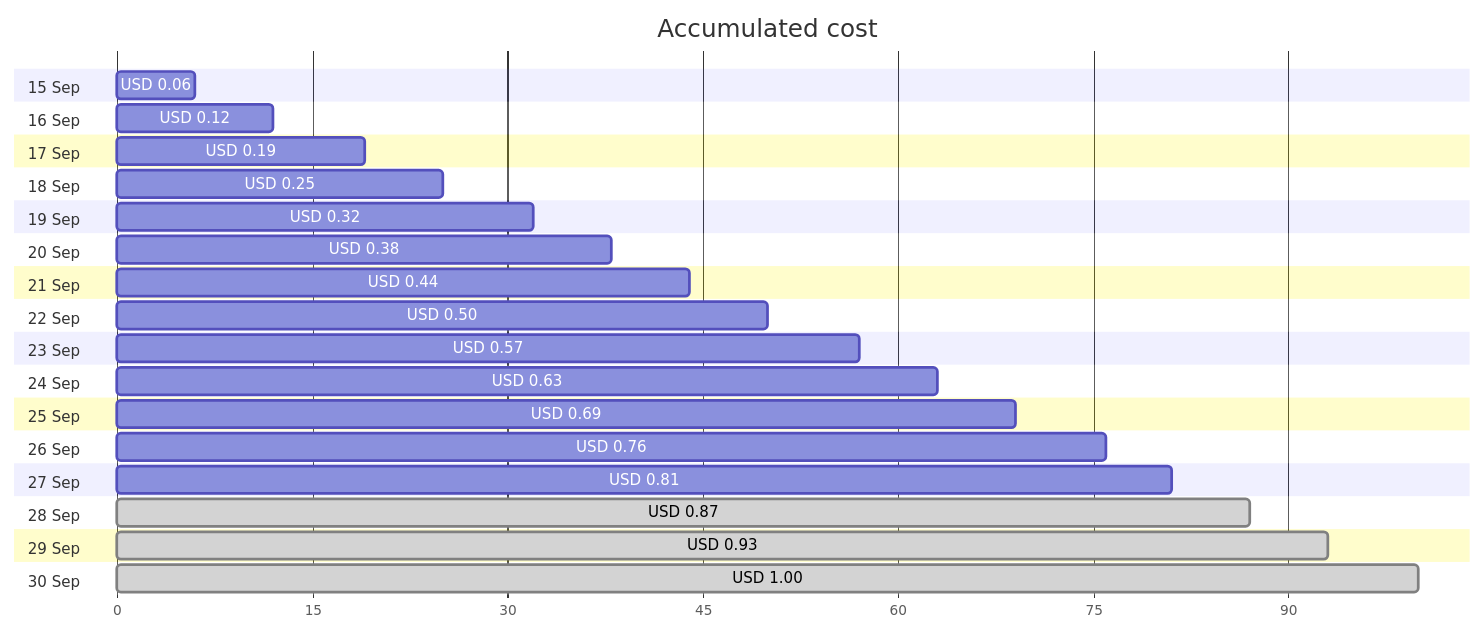
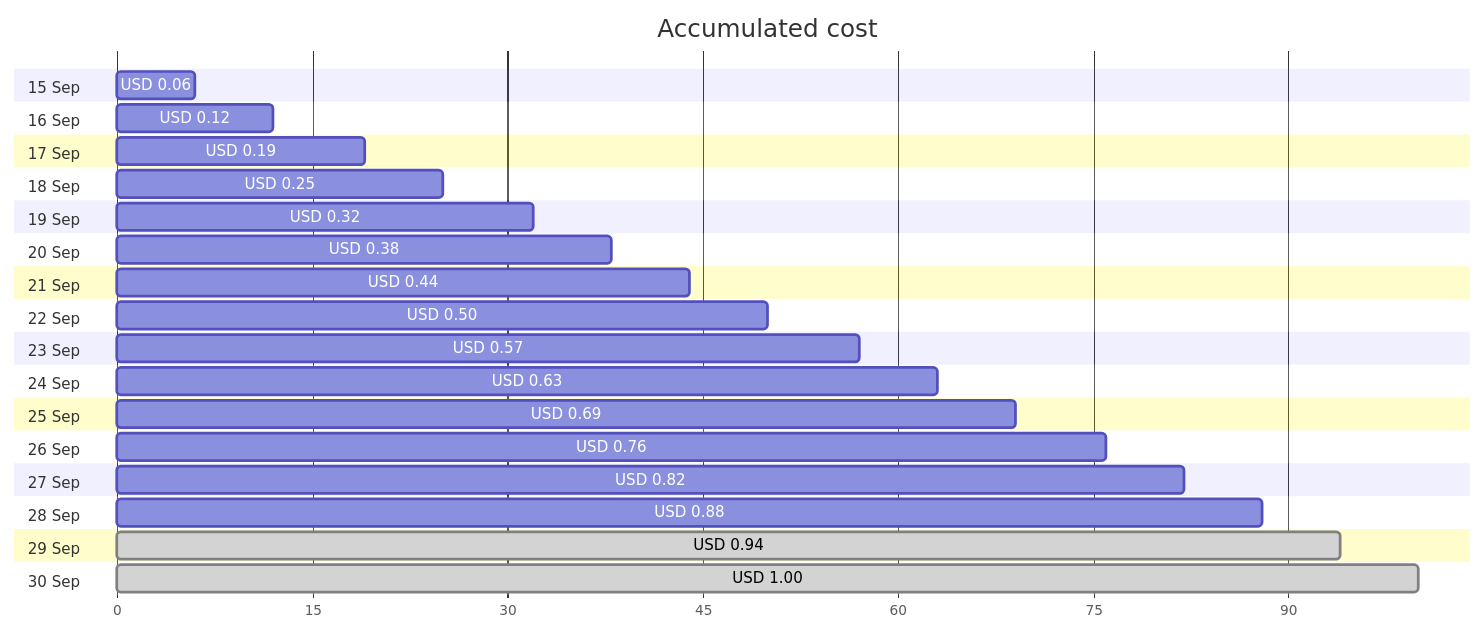
Before and after one commit to jpfulton/azure-personal-reports: the first of 4 diagrams in cost-reports/personal-network/vpn-server_OsDisk.md, drawn with Mermaid. The commit also changed other lines of this file and 9 other files, not shown here.

````diff
--- a/cost-reports/personal-network/vpn-server_OsDisk.md
+++ b/cost-reports/personal-network/vpn-server_OsDisk.md
@@ -20,38 +20,38 @@
 ```mermaid
 gantt
    title Accumulated cost
    dateFormat  X
    axisFormat %s
    section 15 Sep
    USD 0.06 :0, 6
    section 16 Sep
    USD 0.12 :0, 12
    section 17 Sep
    USD 0.19 :0, 19
    section 18 Sep
    USD 0.25 :0, 25
    section 19 Sep
    USD 0.32 :0, 32
    section 20 Sep
    USD 0.38 :0, 38
    section 21 Sep
    USD 0.44 :0, 44
    section 22 Sep
    USD 0.50 :0, 50
    section 23 Sep
    USD 0.57 :0, 57
    section 24 Sep
    USD 0.63 :0, 63
    section 25 Sep
    USD 0.69 :0, 69
    section 26 Sep
    USD 0.76 :0, 76
    section 27 Sep
-   USD 0.81 :0, 81
+   USD 0.82 :0, 82
    section 28 Sep
-   USD 0.87 : done, 0, 87
+   USD 0.88 :0, 88
    section 29 Sep
-   USD 0.93 : done, 0, 93
+   USD 0.94 : done, 0, 94
    section 30 Sep
    USD 1.00 : done, 0, 100
 ```
````
